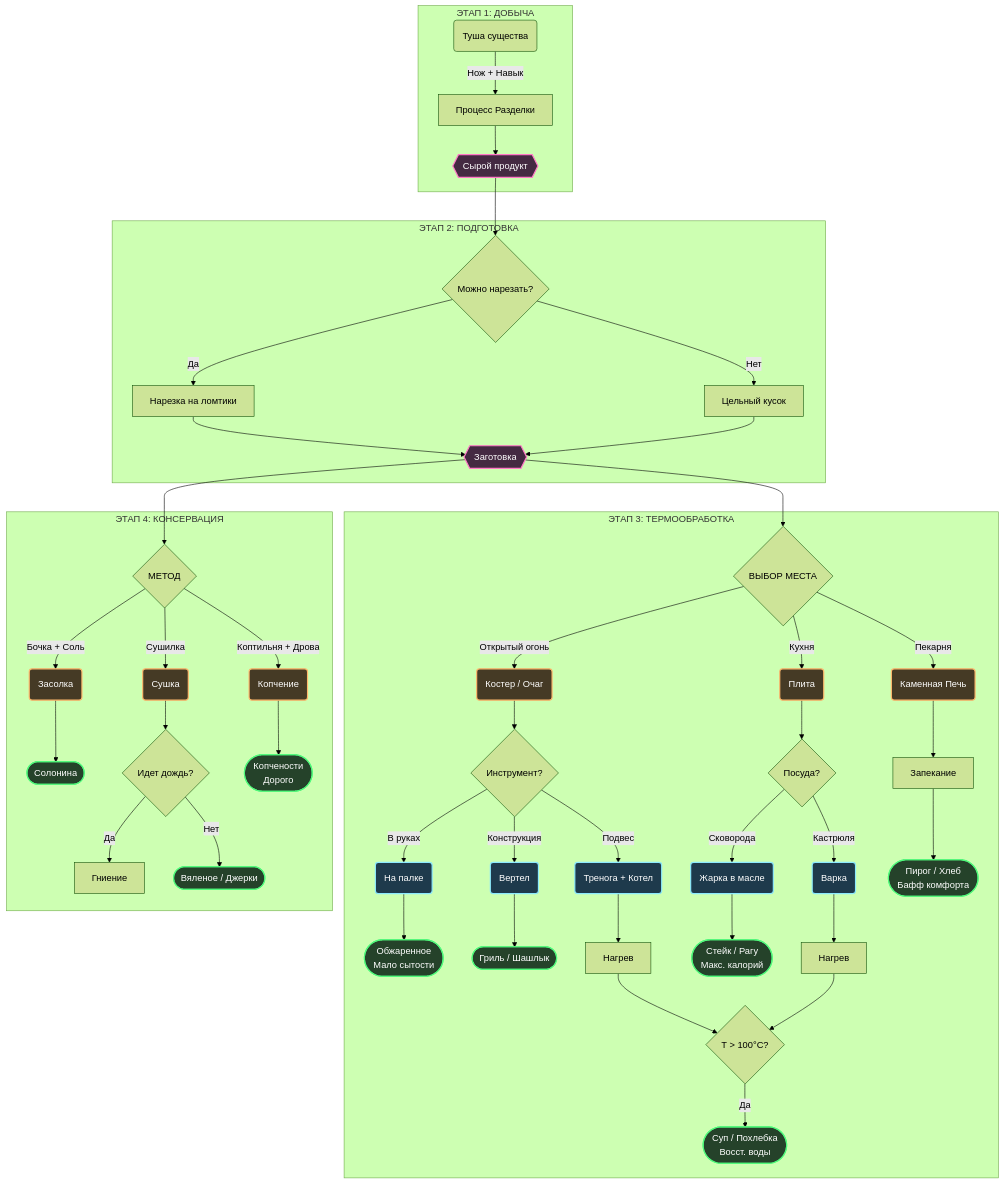
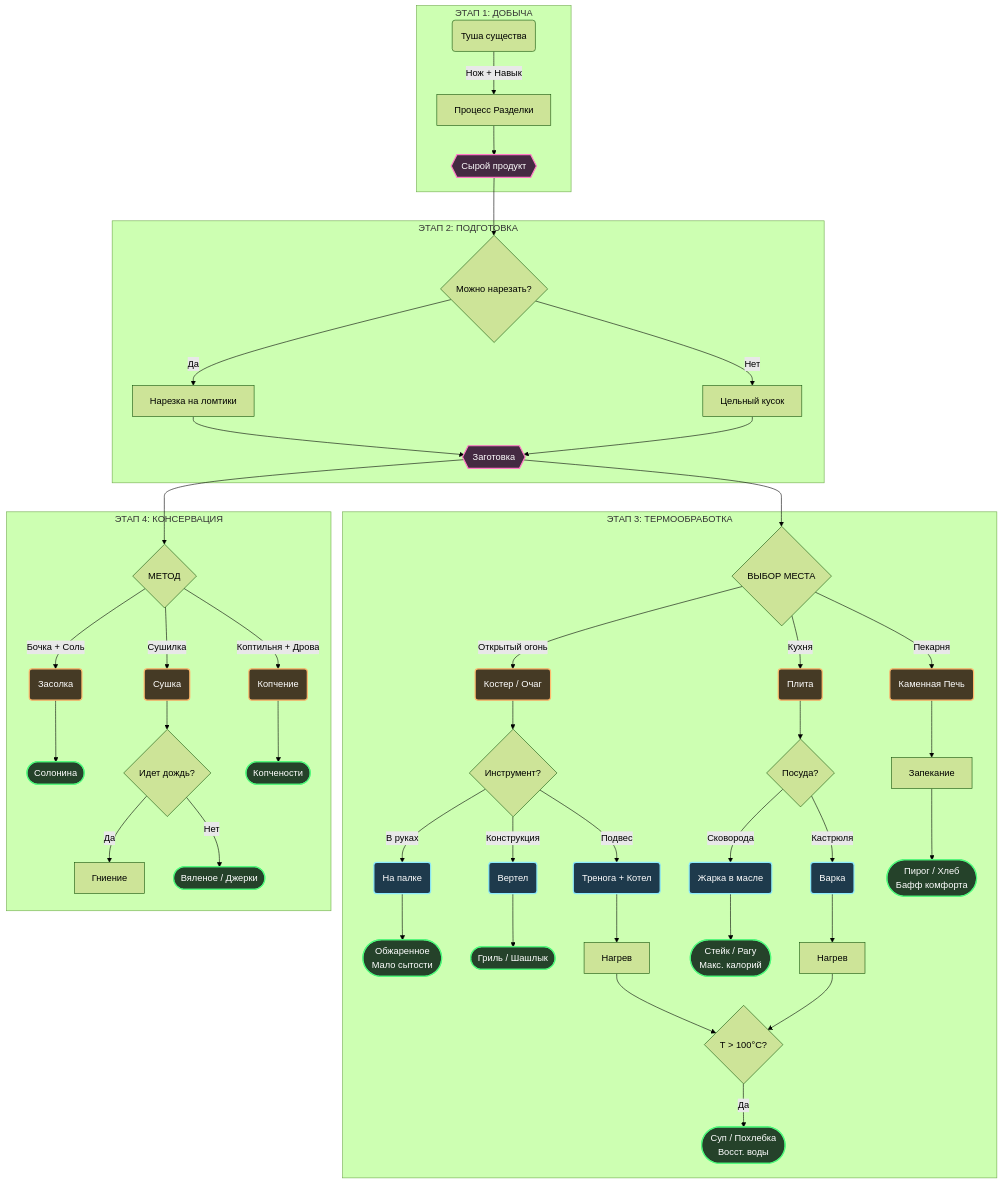
One commit to Shelkarian/Shelkarian.github.io changed the diagram in src/industry/cooking.md. Above: the diagram before and after it, drawn with Mermaid (forest theme).

````diff
--- a/src/industry/cooking.md
+++ b/src/industry/cooking.md
@@ -101,73 +101,73 @@
 ```mermaid
 graph TD
     %% СТИЛИ (Dark Mode Optimized)
     classDef resource fill:#442a42,stroke:#ff79c6,stroke-width:2px,color:#fff;
     classDef station fill:#453a25,stroke:#ffb86c,stroke-width:2px,color:#fff;
     classDef tool fill:#1e3a4c,stroke:#8be9fd,stroke-width:2px,color:#fff;
     classDef result fill:#25422a,stroke:#50fa7b,stroke-width:2px,color:#fff;
     
     subgraph STAGE1["ЭТАП 1: ДОБЫЧА"]
         Corpse(Туша существа) -->|Нож + Навык| Butcher[Процесс Разделки]
         Butcher --> RawRes:::resource
     end
 
     subgraph STAGE2["ЭТАП 2: ПОДГОТОВКА"]
         RawRes{{Сырой продукт}} --> CheckSlice{Можно нарезать?}
         CheckSlice -- "Да" --> Slicing[Нарезка на ломтики]
         CheckSlice -- "Нет" --> Whole[Цельный кусок]
         
         Slicing --> Prepared:::resource
         Whole --> Prepared{{Заготовка}}:::resource
     end
 
     subgraph STAGE3["ЭТАП 3: ТЕРМООБРАБОТКА"]
         Prepared --> ChooseStation{ВЫБОР МЕСТА}
         
         %% ВЕТКА КОСТРА
         ChooseStation -- "Открытый огонь" --> FireStation(Костер / Очаг):::station
         FireStation --> ToolFire{Инструмент?}
         
         ToolFire -- "В руках" --> Stick(На палке):::tool
         Stick --> ResRoast([Обжаренное<br/>Мало сытости]):::result
         
         ToolFire -- "Конструкция" --> Spit(Вертел):::tool
         Spit --> ResGrill([Гриль / Шашлык]):::result
         
         ToolFire -- "Подвес" --> Tripod(Тренога + Котел):::tool
         Tripod --> HeatingFire[Нагрев]
         
         %% ВЕТКА ПЛИТЫ
         ChooseStation -- "Кухня" --> StoveStation(Плита):::station
         StoveStation --> ToolStove{Посуда?}
         
         ToolStove -- "Сковорода" --> Pan(Жарка в масле):::tool
         Pan --> ResFry([Стейк / Рагу<br/>Макс. калорий]):::result
         
         ToolStove -- "Кастрюля" --> Pot(Варка):::tool
         Pot --> HeatingStove[Нагрев]
         
         %% ЛОГИКА ВАРКИ (ОБЩАЯ)
         HeatingFire & HeatingStove --> BoilCheck{Т > 100°C?}:::check
         BoilCheck -- "Да" --> ResBoil([Суп / Похлебка<br/>Восст. воды]):::result
 
         %% ВЕТКА ПЕЧИ
         ChooseStation -- "Пекарня" --> OvenStation(Каменная Печь):::station
         OvenStation --> BakeProcess[Запекание]
         BakeProcess --> ResBake([Пирог / Хлеб<br/>Бафф комфорта]):::result
     end
 
     subgraph STAGE4["ЭТАП 4: КОНСЕРВАЦИЯ"]
         Prepared --> Preserve{МЕТОД}
         
         Preserve -- "Бочка + Соль" --> Barrel(Засолка):::station
         Barrel --> ResSalt([Солонина]):::result
         
         Preserve -- "Сушилка" --> Rack(Сушка):::station
         Rack --> CheckRain{Идет дождь?}:::check
         CheckRain -- "Да" --> Rot[Гниение]
         CheckRain -- "Нет" --> ResDry([Вяленое / Джерки]):::result
         
         Preserve -- "Коптильня + Дрова" --> Smoker(Копчение):::station
-        Smoker --> ResSmoke([Копчености<br/>Дорого]):::result
+        Smoker --> ResSmoke([Копчености]):::result
     end
 ```
````
